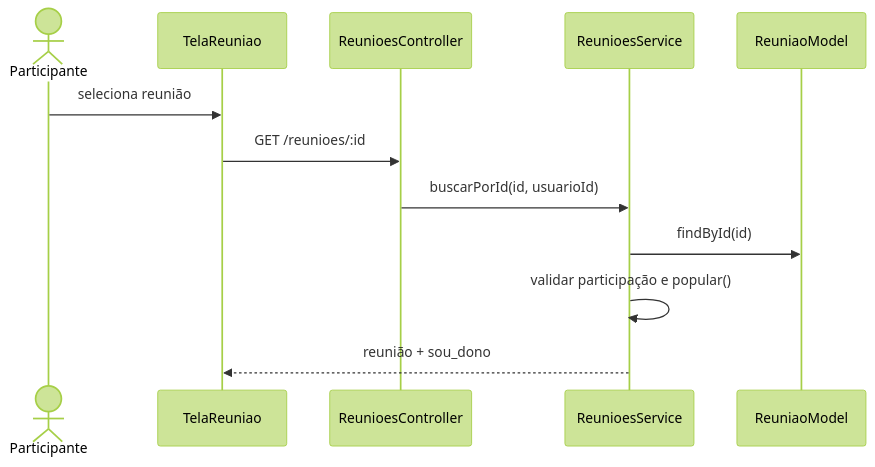
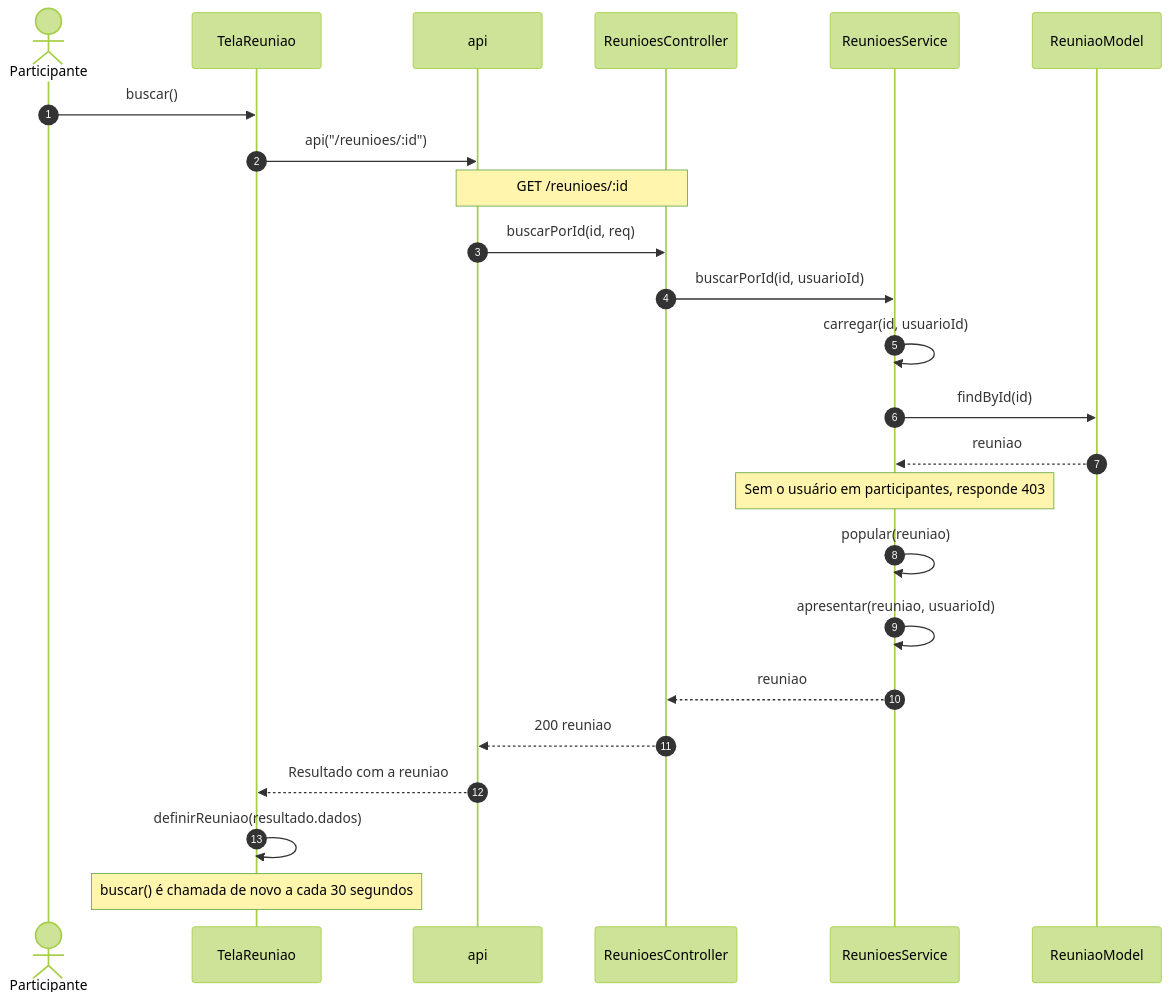
The third of 13 diagrams in 3 - Incremento2/reunioes/6 - diagramas-sequencia-reunioes.md (Conecta-IFSP/DOCUMENTATION), drawn with Mermaid (forest theme) before and after one commit. The commit also changed other lines of this file and 26 other files, not shown here.

````diff
--- a/3 - Incremento2/reunioes/6 - diagramas-sequencia-reunioes.md
+++ b/3 - Incremento2/reunioes/6 - diagramas-sequencia-reunioes.md
@@ -45,14 +81,26 @@
 ```mermaid
 sequenceDiagram
+    autonumber
     actor U as Participante
     participant T as TelaReuniao
+    participant A as api
     participant C as ReunioesController
     participant S as ReunioesService
     participant M as ReuniaoModel
-    U->>T: seleciona reunião
-    T->>C: GET /reunioes/:id
+    U->>T: buscar()
+    T->>A: api("/reunioes/:id")
+    Note over A,C: GET /reunioes/:id
+    A->>C: buscarPorId(id, req)
     C->>S: buscarPorId(id, usuarioId)
+    S->>S: carregar(id, usuarioId)
     S->>M: findById(id)
-    S->>S: validar participação e popular()
-    S-->>T: reunião + sou_dono
+    M-->>S: reuniao
+    Note over S: Sem o usuário em participantes, responde 403
+    S->>S: popular(reuniao)
+    S->>S: apresentar(reuniao, usuarioId)
+    S-->>C: reuniao
+    C-->>A: 200 reuniao
+    A-->>T: Resultado com a reuniao
+    T->>T: definirReuniao(resultado.dados)
+    Note over T: buscar() é chamada de novo a cada 30 segundos
 ```
````
